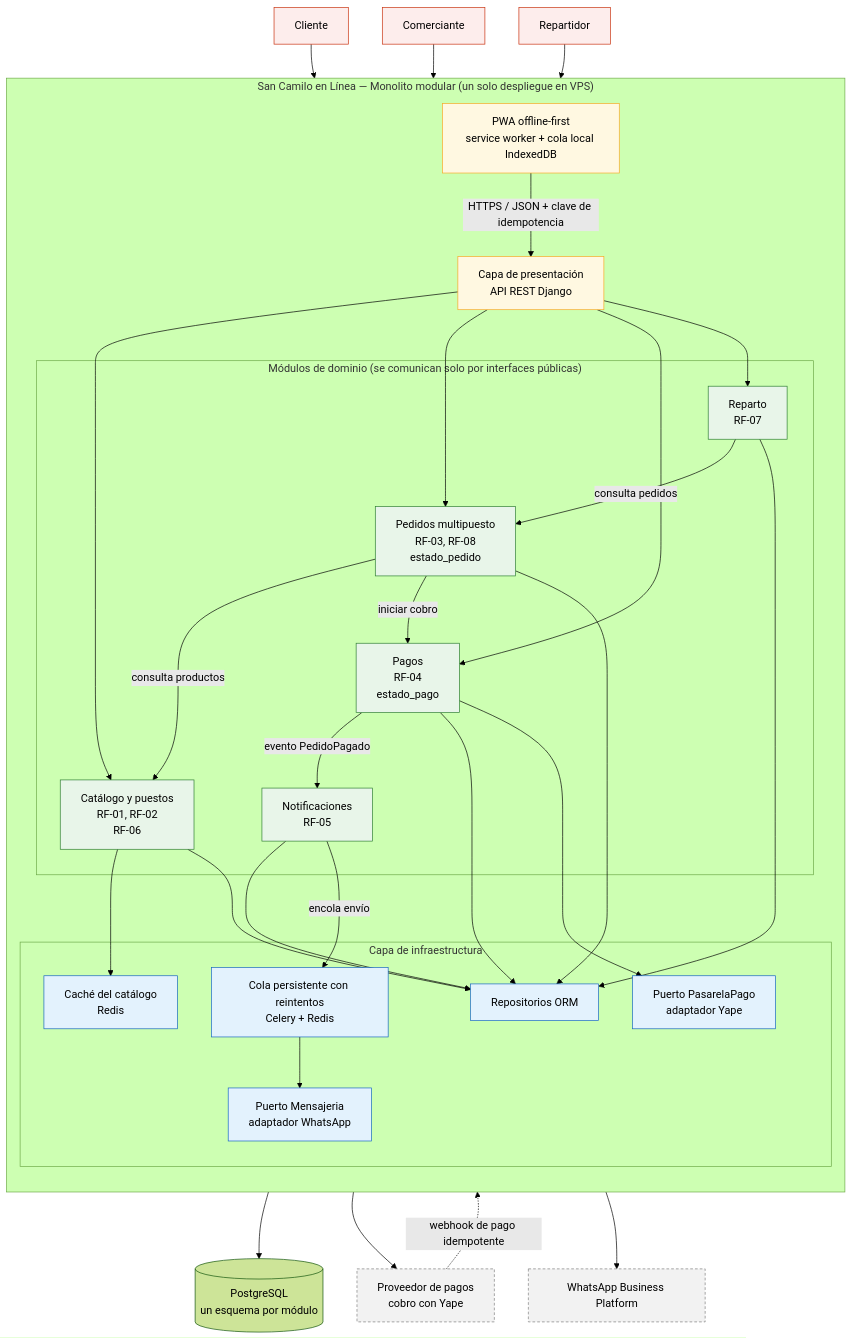
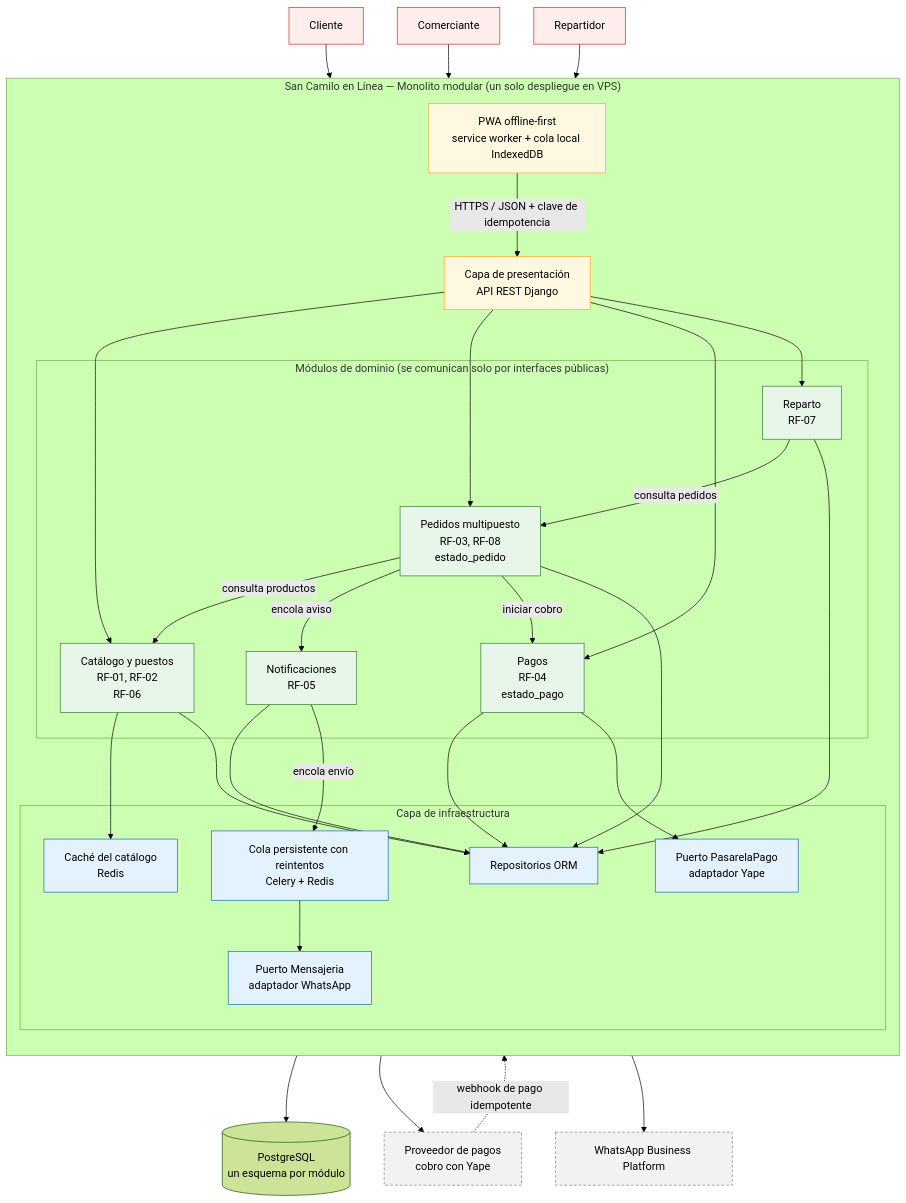
Before and after one commit to JBenjamin01/cs-2026b-lab04-grupob: the first of 2 diagrams in README.md, drawn with Mermaid (forest theme). The commit also changed other lines of this file, not shown here.

Commit message:
E8: README con seccion Diseno UML (Lab 05)

````diff
--- a/README.md
+++ b/README.md
@@ -26,64 +26,64 @@
 ```mermaid
 %% San Camilo en Línea — Arquitectura elegida: monolito modular (ADR-001)
 flowchart TB
     CL["Cliente"]
     CO["Comerciante"]
     RE["Repartidor"]
 
     subgraph APP["San Camilo en Línea — Monolito modular (un solo despliegue en VPS)"]
         direction TB
         PWA["PWA offline-first<br/>service worker + cola local IndexedDB"]
         API["Capa de presentación<br/>API REST Django"]
 
         subgraph MOD["Módulos de dominio (se comunican solo por interfaces públicas)"]
             M1["Catálogo y puestos<br/>RF-01, RF-02<br/>RF-06"]
             M2["Pedidos multipuesto<br/>RF-03, RF-08<br/>estado_pedido"]
             M3["Pagos<br/>RF-04<br/>estado_pago"]
             M4["Notificaciones<br/>RF-05"]
             M5["Reparto<br/>RF-07"]
         end
 
         subgraph INF["Capa de infraestructura"]
             REPO["Repositorios ORM"]
             CACHE["Caché del catálogo<br/>Redis"]
             COLA["Cola persistente con reintentos<br/>Celery + Redis"]
             AP["Puerto PasarelaPago<br/>adaptador Yape"]
             AW["Puerto Mensajeria<br/>adaptador WhatsApp"]
         end
     end
 
     DB[("PostgreSQL<br/>un esquema por módulo")]
     YP["Proveedor de pagos<br/>cobro con Yape"]
     WA["WhatsApp Business Platform"]
 
     CL & CO & RE --> PWA
     PWA -->|"HTTPS / JSON + clave de idempotencia"| API
     API --> M1 & M2 & M3 & M5
 
     M2 -->|"consulta productos"| M1
+    M2 -->|"encola aviso"| M4
     M2 -->|"iniciar cobro"| M3
-    M3 -->|"evento PedidoPagado"| M4
     M5 -->|"consulta pedidos"| M2
 
     M1 --> CACHE
     M1 & M2 & M3 & M4 & M5 --> REPO
     M3 --> AP
     M4 -->|"encola envío"| COLA
     COLA --> AW
 
     REPO --> DB
     AP --> YP
     AW --> WA
     YP -.->|"webhook de pago idempotente"| API
 
     classDef usr fill:#FDEDEC,stroke:#C8310E,color:#000
     classDef front fill:#FFF8E1,stroke:#F9A825,color:#000
     classDef mod fill:#E8F5E9,stroke:#2E7D32,color:#000
     classDef infra fill:#E3F2FD,stroke:#1565C0,color:#000
     classDef ext fill:#F2F2F2,stroke:#7F7F7F,color:#000,stroke-dasharray: 4 3
     class CL,CO,RE usr
     class PWA,API front
     class M1,M2,M3,M4,M5 mod
     class REPO,CACHE,COLA,AP,AW infra
     class YP,WA ext
 ```
````
